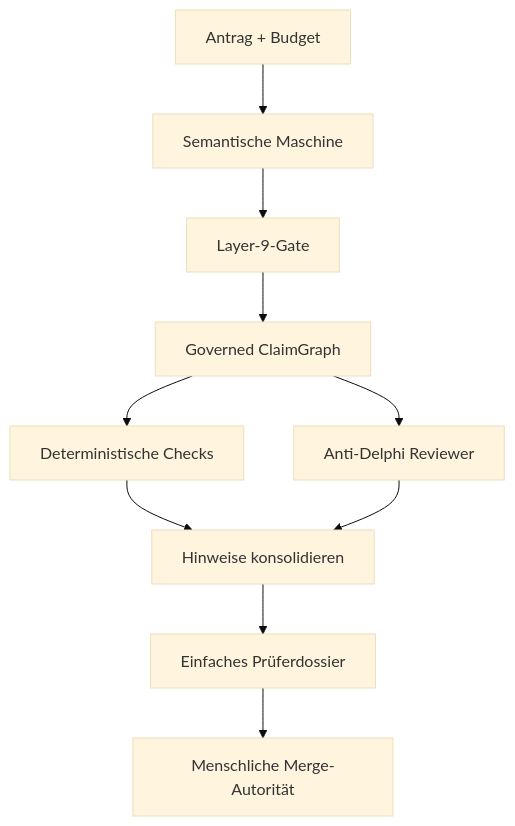
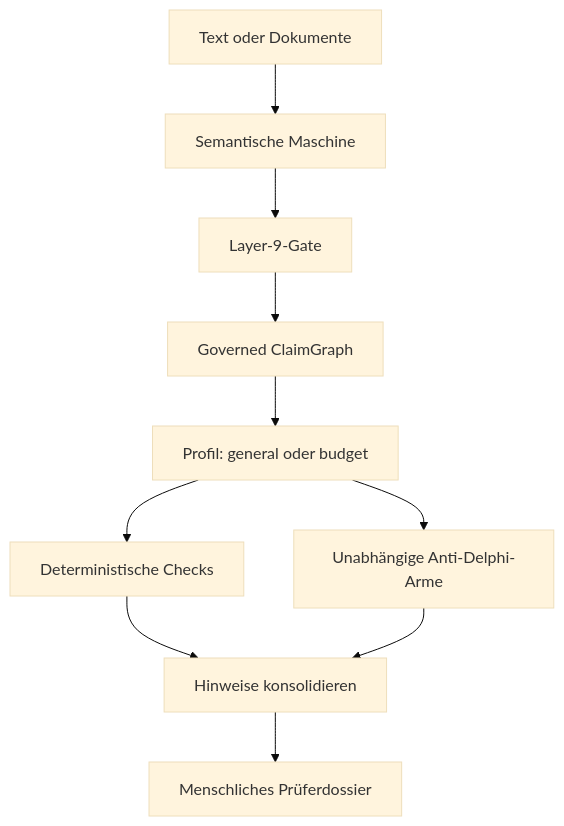
The diagram in README.md (hstre/Budget-Review), drawn with Mermaid (base theme) before and after one commit. The commit also changed other lines of this file and 28 other files, not shown here.

````diff
--- a/README.md
+++ b/README.md
@@ -13,12 +17,12 @@
 ```mermaid
 flowchart TD
-    A["Antrag + Budget"] --> B["Semantische Maschine"]
+    A["Text oder Dokumente"] --> B["Semantische Maschine"]
     B --> C["Layer-9-Gate"]
     C --> D["Governed ClaimGraph"]
-    D --> E["Deterministische Checks"]
-    D --> F["Anti-Delphi Reviewer"]
-    E --> G["Hinweise konsolidieren"]
-    F --> G
-    G --> H["Einfaches Prüferdossier"]
-    H --> I["Menschliche Merge-Autorität"]
+    D --> E["Profil: general oder budget"]
+    E --> F["Deterministische Checks"]
+    E --> G["Unabhängige Anti-Delphi-Arme"]
+    F --> H["Hinweise konsolidieren"]
+    G --> H
+    H --> I["Menschliches Prüferdossier"]
 ```
````
